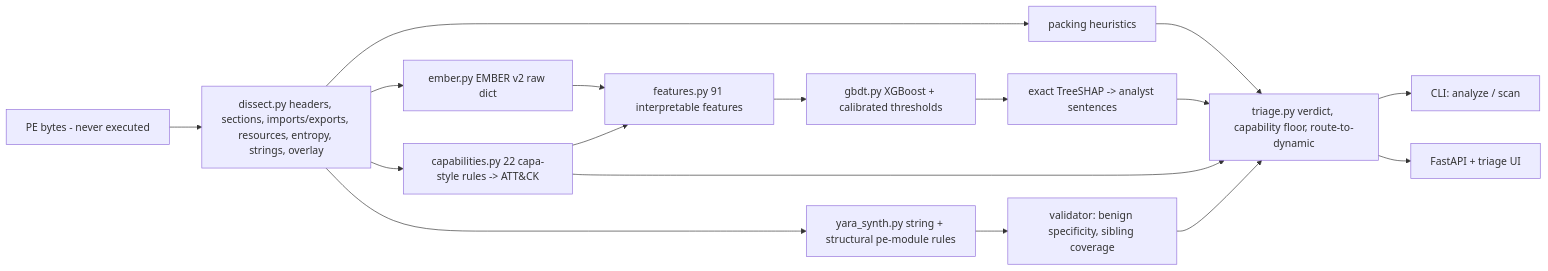
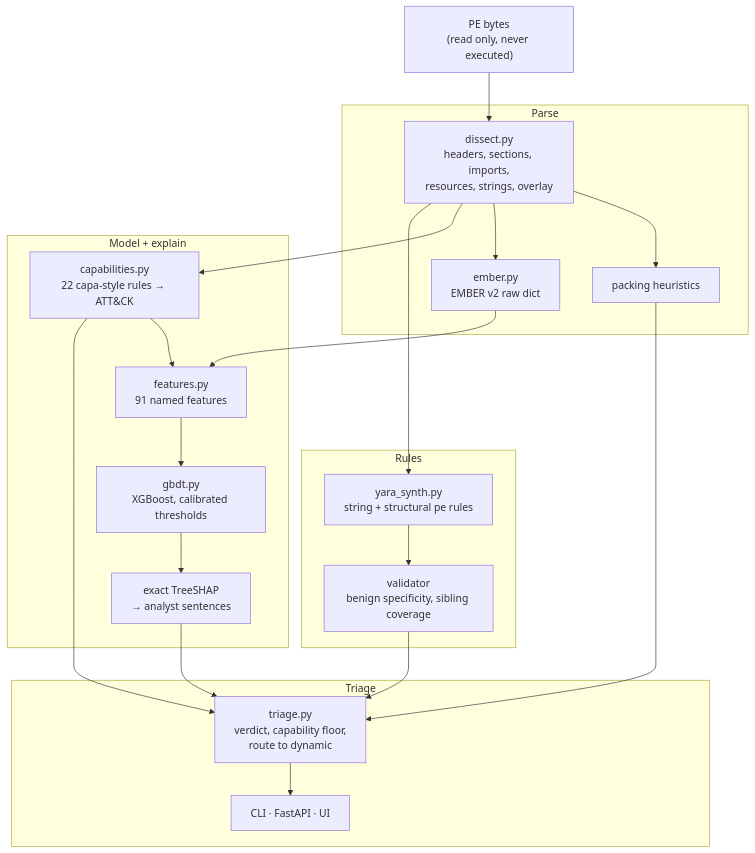
The diagram in docs/architecture.md (rakshit-737/vitrine), drawn with Mermaid before and after one commit. The commit also changed other lines of this file and 4 other files, not shown here.

First line of the commit message:
docs: readable top-to-bottom architecture diagram with quoted labels; drop unsourced pefile/speed figures

````diff
--- a/docs/architecture.md
+++ b/docs/architecture.md
@@ -3,19 +3,33 @@
 ```mermaid
-flowchart LR
-  F["PE bytes - never executed"] --> D["dissect.py headers, sections, imports/exports, resources, entropy, strings, overlay"]
-  D --> P["packing heuristics"]
-  D --> CAP["capabilities.py 22 capa-style rules -> ATT&CK"]
-  D --> E["ember.py EMBER v2 raw dict"]
-  E --> FE["features.py 91 interpretable features"]
+flowchart TB
+  F["PE bytes<br/>(read only, never executed)"] --> D
+  subgraph Parse
+    D["dissect.py<br/>headers, sections, imports,<br/>resources, strings, overlay"]
+    P["packing heuristics"]
+    E["ember.py<br/>EMBER v2 raw dict"]
+  end
+  subgraph Model["Model + explain"]
+    CAP["capabilities.py<br/>22 capa-style rules → ATT&CK"]
+    FE["features.py<br/>91 named features"]
+    ML["gbdt.py<br/>XGBoost, calibrated thresholds"]
+    SH["exact TreeSHAP<br/>→ analyst sentences"]
+  end
+  subgraph Rules
+    YG["yara_synth.py<br/>string + structural pe rules"]
+    VAL["validator<br/>benign specificity, sibling coverage"]
+  end
+  subgraph Triage
+    T["triage.py<br/>verdict, capability floor,<br/>route to dynamic"]
+    OUT["CLI · FastAPI · UI"]
+  end
+  D --> P
+  D --> E
+  D --> CAP
+  E --> FE
   CAP --> FE
-  FE --> ML["gbdt.py XGBoost + calibrated thresholds"]
-  ML --> SH["exact TreeSHAP -> analyst sentences"]
-  D --> YG["yara_synth.py string + structural pe-module rules"]
-  YG --> VAL["validator: benign specificity, sibling coverage"]
-  P --> T["triage.py verdict, capability floor, route-to-dynamic"]
-  SH --> T
+  FE --> ML --> SH --> T
+  D --> YG --> VAL --> T
+  P --> T
   CAP --> T
-  VAL --> T
-  T --> CLI["CLI: analyze / scan"]
-  T --> API["FastAPI + triage UI"]
+  T --> OUT
 ```
````
